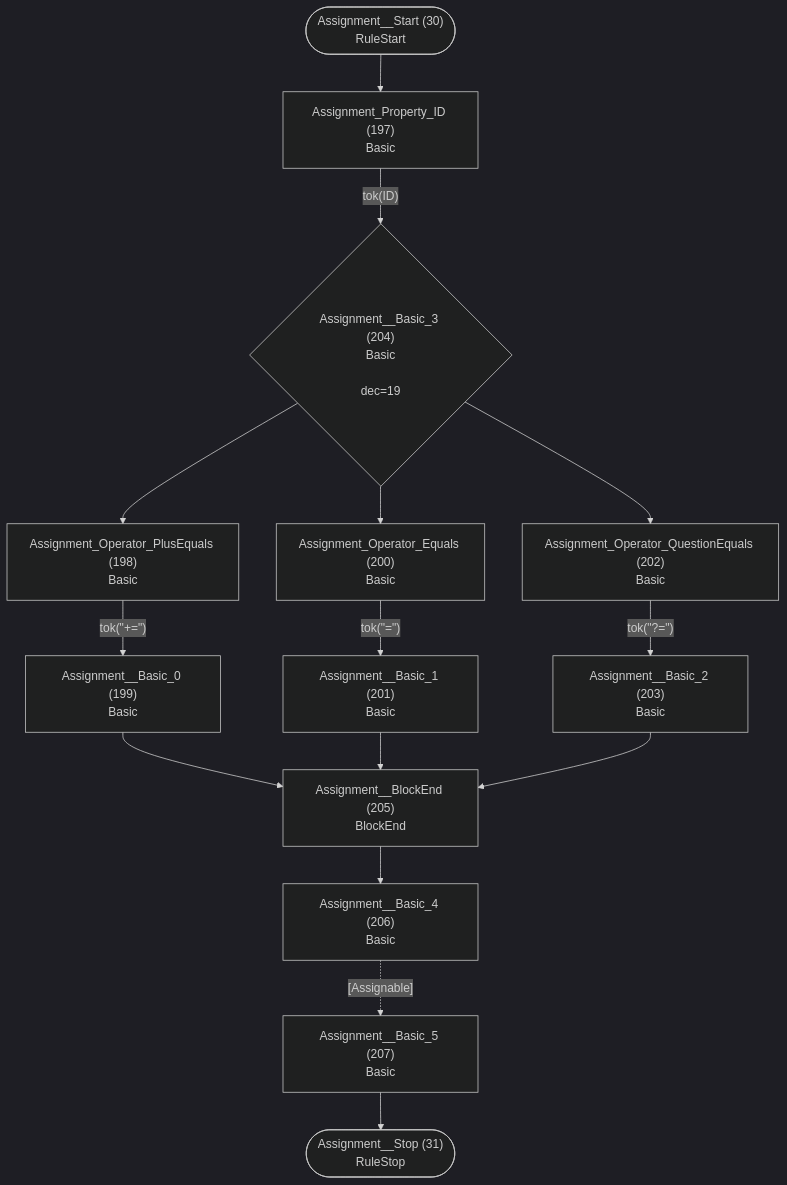
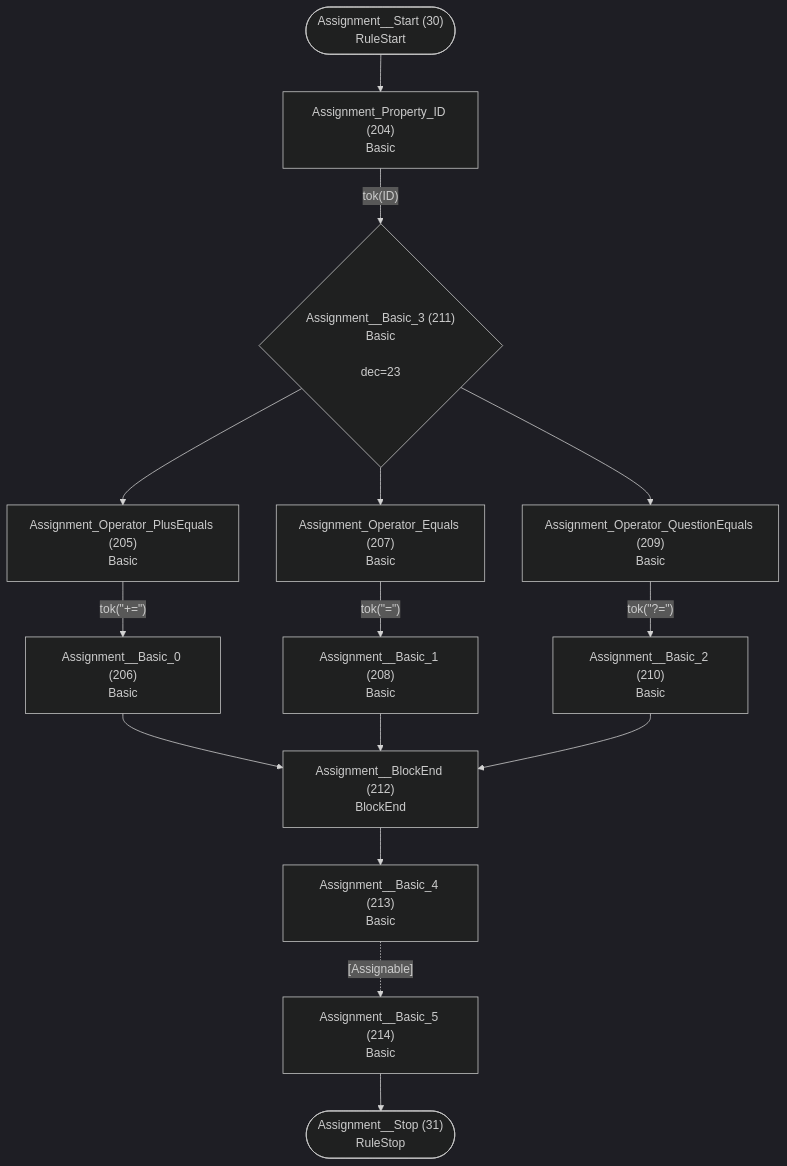
One commit to TypeFox/fastbelt changed diagram 16 of 26 in internal/grammar/atn.md. Above: the diagram before and after it, drawn with Mermaid (dark theme). The commit also changed other lines of this file and 25 other files, not shown here.

````diff
--- a/internal/grammar/atn.md
+++ b/internal/grammar/atn.md
@@ -475,31 +493,31 @@
 ```mermaid
 flowchart TD
     q30(["Assignment__Start (30)<br/>RuleStart"])
     q31(["Assignment__Stop (31)<br/>RuleStop"])
-    q197["Assignment_Property_ID (197)<br/>Basic<br/>"]
-    q198["Assignment_Operator_PlusEquals (198)<br/>Basic<br/>"]
-    q199["Assignment__Basic_0 (199)<br/>Basic<br/>"]
-    q200["Assignment_Operator_Equals (200)<br/>Basic<br/>"]
-    q201["Assignment__Basic_1 (201)<br/>Basic<br/>"]
-    q202["Assignment_Operator_QuestionEquals (202)<br/>Basic<br/>"]
-    q203["Assignment__Basic_2 (203)<br/>Basic<br/>"]
-    q204{"Assignment__Basic_3 (204)<br/>Basic<br/><br/>dec=19"}
-    q205["Assignment__BlockEnd (205)<br/>BlockEnd<br/>"]
-    q206["Assignment__Basic_4 (206)<br/>Basic<br/>"]
-    q207["Assignment__Basic_5 (207)<br/>Basic<br/>"]
+    q204["Assignment_Property_ID (204)<br/>Basic<br/>"]
+    q205["Assignment_Operator_PlusEquals (205)<br/>Basic<br/>"]
+    q206["Assignment__Basic_0 (206)<br/>Basic<br/>"]
+    q207["Assignment_Operator_Equals (207)<br/>Basic<br/>"]
+    q208["Assignment__Basic_1 (208)<br/>Basic<br/>"]
+    q209["Assignment_Operator_QuestionEquals (209)<br/>Basic<br/>"]
+    q210["Assignment__Basic_2 (210)<br/>Basic<br/>"]
+    q211{"Assignment__Basic_3 (211)<br/>Basic<br/><br/>dec=23"}
+    q212["Assignment__BlockEnd (212)<br/>BlockEnd<br/>"]
+    q213["Assignment__Basic_4 (213)<br/>Basic<br/>"]
+    q214["Assignment__Basic_5 (214)<br/>Basic<br/>"]
 
-    q30 --> q197
-    q197 -->|"tok(ID)"| q204
-    q198 -->|"tok(&quot;+=&quot;)"| q199
-    q199 --> q205
-    q200 -->|"tok(&quot;=&quot;)"| q201
-    q201 --> q205
-    q202 -->|"tok(&quot;?=&quot;)"| q203
-    q203 --> q205
-    q204 --> q198
-    q204 --> q200
-    q204 --> q202
-    q205 --> q206
-    q206 -.->|"[Assignable]"| q207
-    q207 --> q31
+    q30 --> q204
+    q204 -->|"tok(ID)"| q211
+    q205 -->|"tok(&quot;+=&quot;)"| q206
+    q206 --> q212
+    q207 -->|"tok(&quot;=&quot;)"| q208
+    q208 --> q212
+    q209 -->|"tok(&quot;?=&quot;)"| q210
+    q210 --> q212
+    q211 --> q205
+    q211 --> q207
+    q211 --> q209
+    q212 --> q213
+    q213 -.->|"[Assignable]"| q214
+    q214 --> q31
 ```
````
